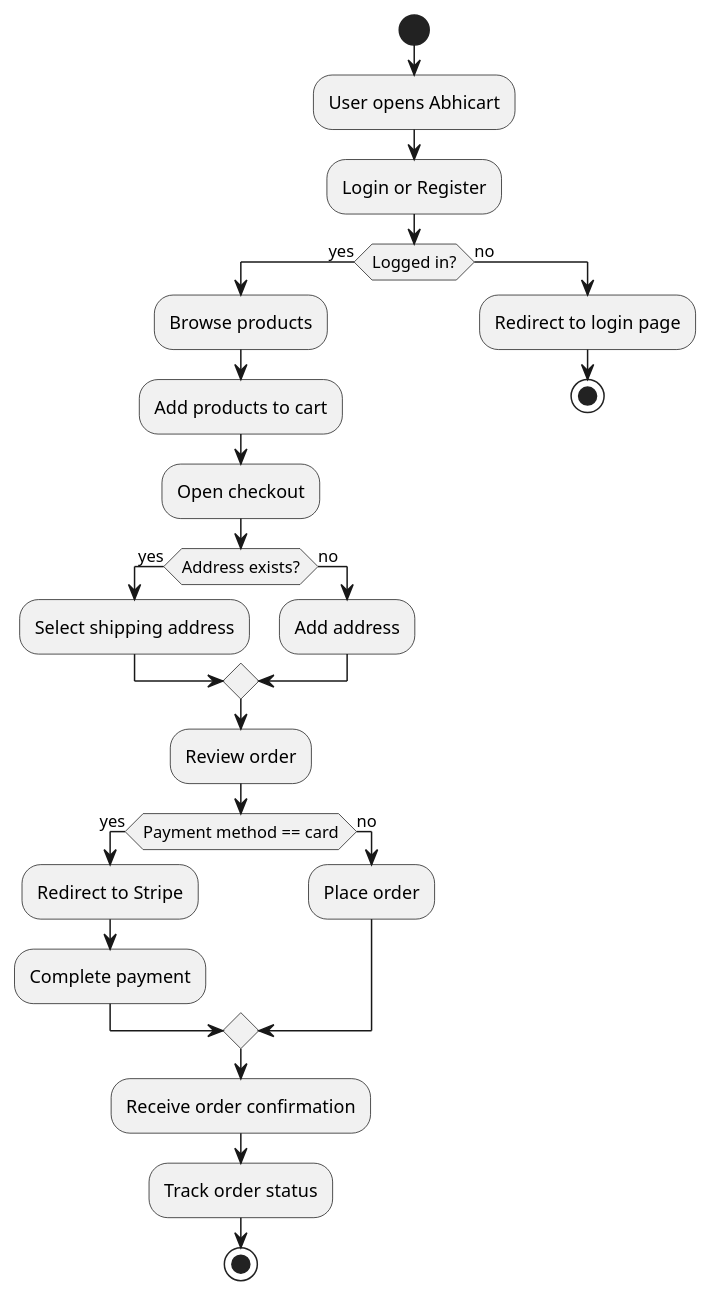
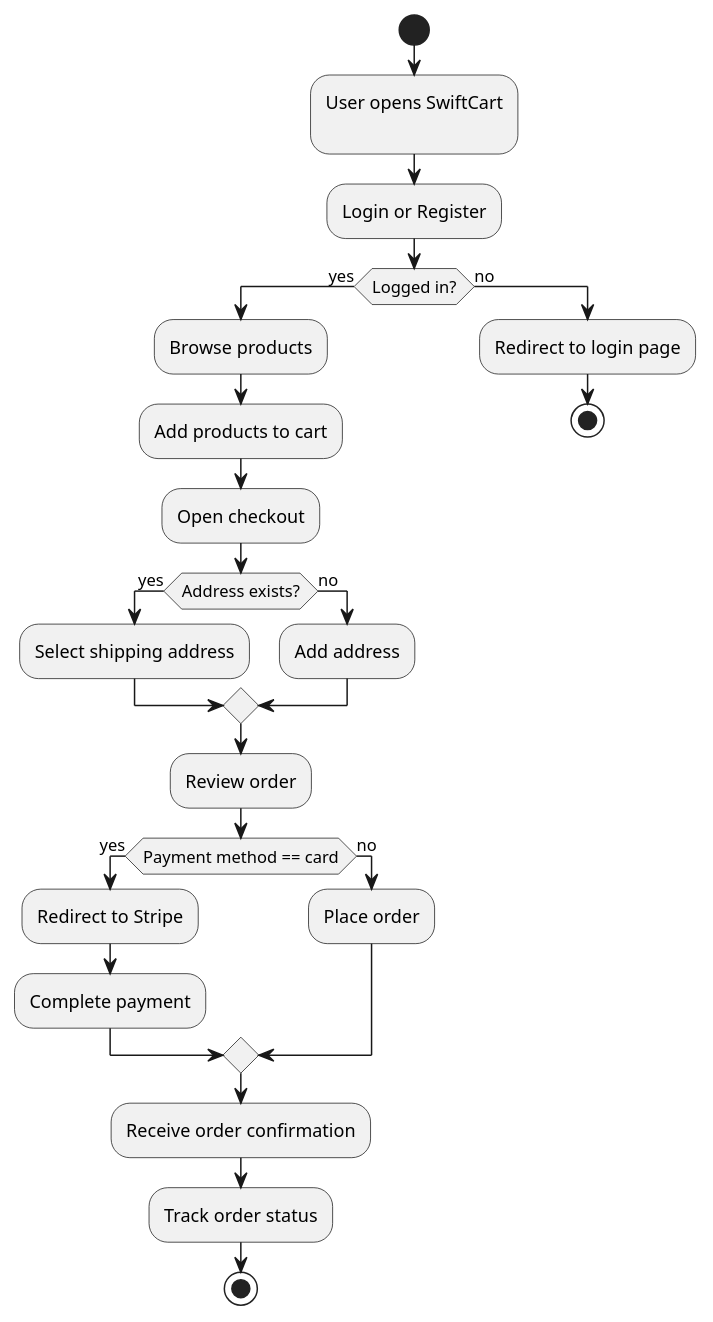
One commit to code-with-neeraj/Grocery-Delivery changed the second of 4 diagrams in PROJECT_DOCUMENTATION.md. Above: the diagram before and after it, drawn with PlantUML. The commit also changed other lines of this file and 19 other files, not shown here.

````diff
--- a/PROJECT_DOCUMENTATION.md
+++ b/PROJECT_DOCUMENTATION.md
@@ -354,30 +360,31 @@
 ```plantuml
 @startuml
 start
-:User opens Abhicart;
+:User opens SwiftCart
+;
 :Login or Register;
 if (Logged in?) then (yes)
   :Browse products;
   :Add products to cart;
   :Open checkout;
   if (Address exists?) then (yes)
     :Select shipping address;
   else (no)
     :Add address;
   endif
   :Review order;
   if (Payment method == card) then (yes)
     :Redirect to Stripe;
     :Complete payment;
   else (no)
     :Place order;
   endif
   :Receive order confirmation;
   :Track order status;
 stop
 else (no)
   :Redirect to login page;
   stop
 endif
 @enduml
 ```
````
